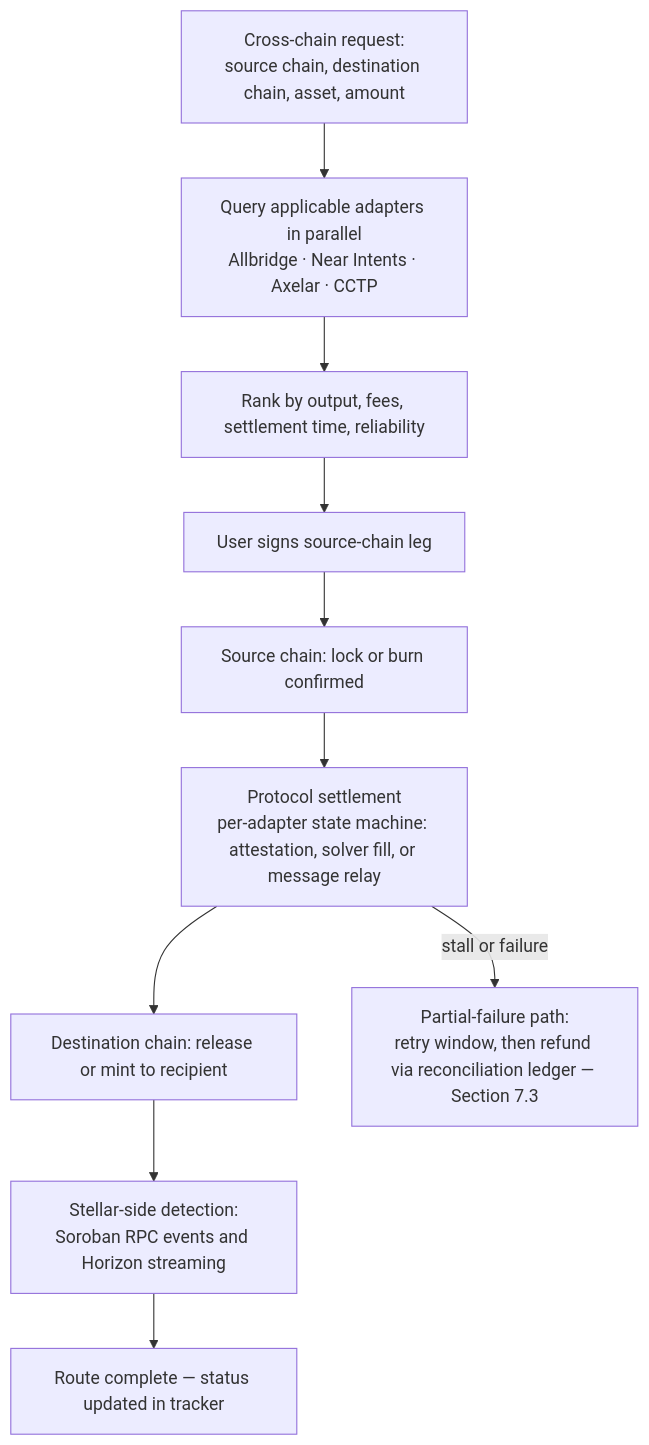
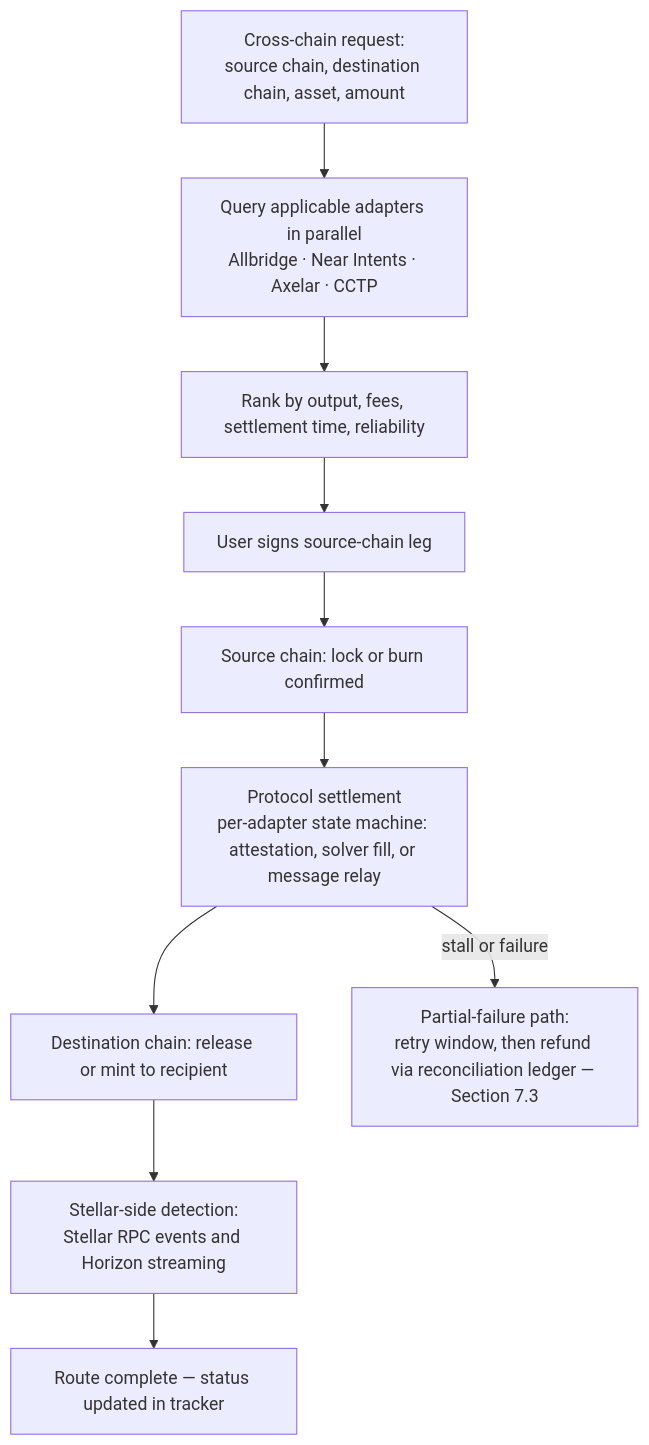
Before and after one commit to Lunarfi-eclipse/lunar-stellar: the fourth of 8 diagrams in README.md, drawn with Mermaid. The commit also changed other lines of this file and 1 other file, not shown here.

````diff
--- a/README.md
+++ b/README.md
@@ -166,12 +166,12 @@
 ```mermaid
 flowchart TD
     Q["Cross-chain request:<br/>source chain, destination chain, asset, amount"] --> FANX["Query applicable adapters in parallel<br/>Allbridge · Near Intents · Axelar · CCTP"]
     FANX --> RANKX["Rank by output, fees, settlement time, reliability"]
     RANKX --> SIGN1["User signs source-chain leg"]
     SIGN1 --> LOCK["Source chain: lock or burn confirmed"]
     LOCK --> PROT["Protocol settlement<br/>per-adapter state machine: attestation, solver fill, or message relay"]
     PROT --> MINT["Destination chain: release or mint to recipient"]
-    MINT --> DETECT2["Stellar-side detection:<br/>Soroban RPC events and Horizon streaming"]
+    MINT --> DETECT2["Stellar-side detection:<br/>Stellar RPC events and Horizon streaming"]
     DETECT2 --> DONE["Route complete — status updated in tracker"]
     PROT -- "stall or failure" --> RECON["Partial-failure path:<br/>retry window, then refund via reconciliation ledger — Section 7.3"]
 ```
````
